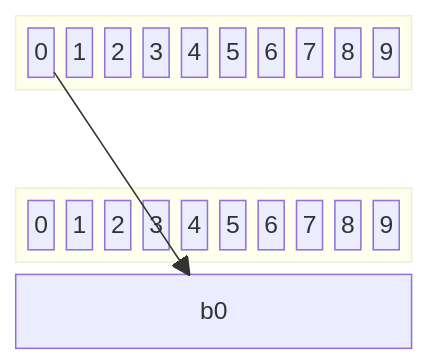
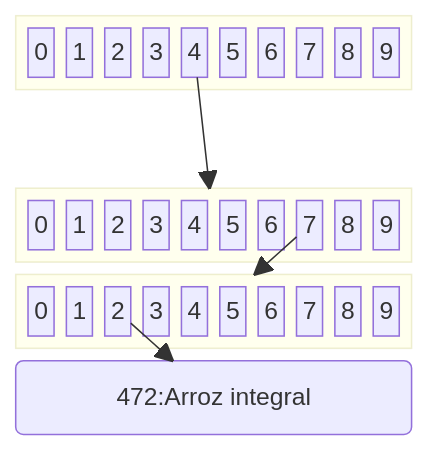
The diagram in Assuntos/busca-trie.md (BenhurUFSM/pod26b), drawn with Mermaid before and after one commit.

````diff
--- a/Assuntos/busca-trie.md
+++ b/Assuntos/busca-trie.md
@@ -11,8 +11,12 @@
 ```mermaid
 block
 columns 1
   block:raiz  r0["0"] r1["1"] r2["2"] r3["3"] r4["4"] r5["5"] r6["6"] r7["7"] r8["8"] r9["9"] end
   space
-  block:0   0b0["0"] 0b1["1"] 0b2["2"] 0b3["3"] 0b4["4"] 0b5["5"] 0b6["6"] 0b7["7"] 0b8["8"] 0b9["9"] end
-  r0 --> b0
+  block:4   4b0["0"] 4b1["1"] 4b2["2"] 4b3["3"] 4b4["4"] 4b5["5"] 4b6["6"] 4b7["7"] 4b8["8"] 4b9["9"] end
+  block:47   47b0["0"] 47b1["1"] 47b2["2"] 47b3["3"] 47b4["4"] 47b5["5"] 47b6["6"] 47b7["7"] 47b8["8"] 47b9["9"] end
+  472("472:Arroz integral")
+  r4 --> 4
+  4b7 --> 47
+  47b2 --> 472
 ```
````
